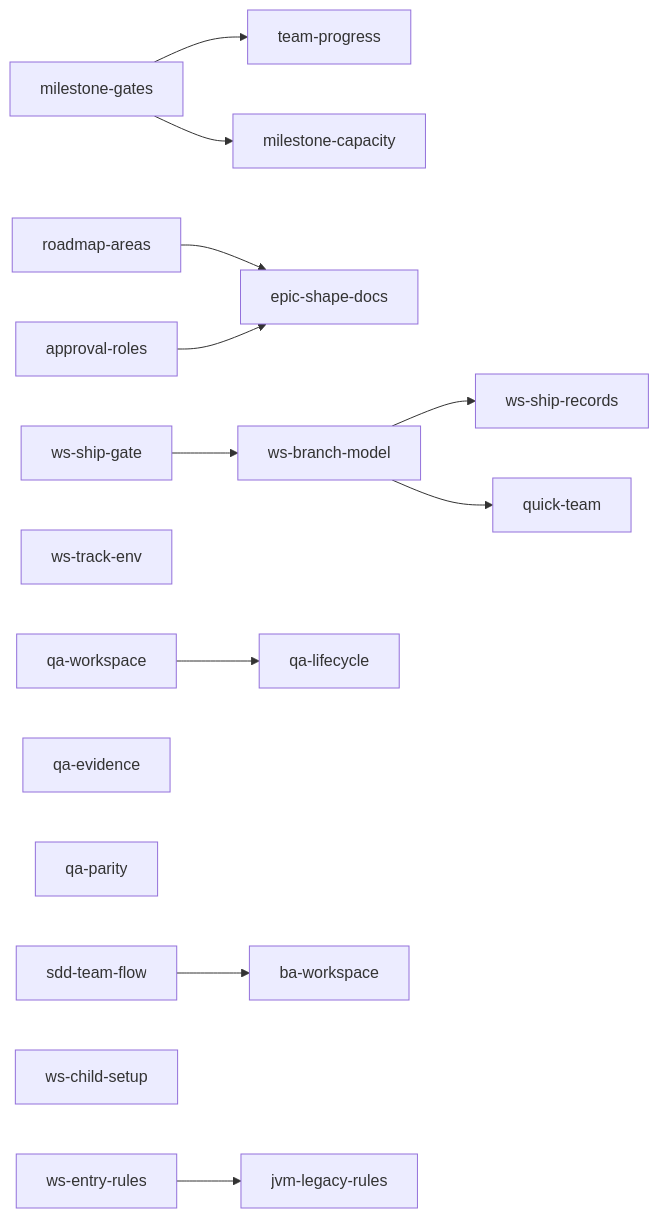
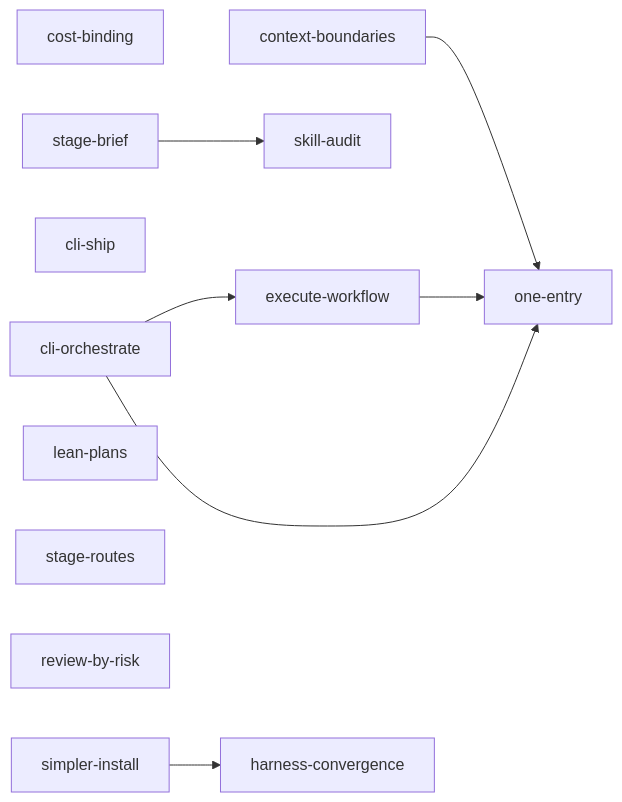
One commit to giangdhwhtbr/gin-workflow changed the diagram in .planning/roadmap.md. Above: the diagram before and after it, drawn with Mermaid. The commit also changed other lines of this file, not shown here.

First line of the commit message:
docs(roadmap): cost and friction of the common path, 13 epics from the product brief

````diff
--- a/.planning/roadmap.md
+++ b/.planning/roadmap.md
@@ -48,17 +65,14 @@
 ```mermaid
 flowchart LR
-    MG[milestone-gates] --> TP[team-progress]
-    MG --> MC[milestone-capacity]
-    RA[roadmap-areas] --> ES[epic-shape-docs]
-    AR[approval-roles] --> ES
-    SG[ws-ship-gate] --> BM[ws-branch-model]
-    BM --> SR[ws-ship-records]
-    BM --> QT[quick-team]
-    TE[ws-track-env]
-    QW[qa-workspace] --> QL[qa-lifecycle]
-    QE[qa-evidence]
-    QP[qa-parity]
-    SD[sdd-team-flow] --> BA[ba-workspace]
-    CS[ws-child-setup]
-    ER[ws-entry-rules] --> JL[jvm-legacy-rules]
+    CB[cost-binding]
+    CX[context-boundaries] --> OE[one-entry]
+    CO[cli-orchestrate] --> EW[execute-workflow]
+    CO --> OE
+    EW --> OE
+    CS[cli-ship]
+    SB[stage-brief] --> SA[skill-audit]
+    LP[lean-plans]
+    SR[stage-routes]
+    RR[review-by-risk]
+    SI[simpler-install] --> HC[harness-convergence]
 ```
````
